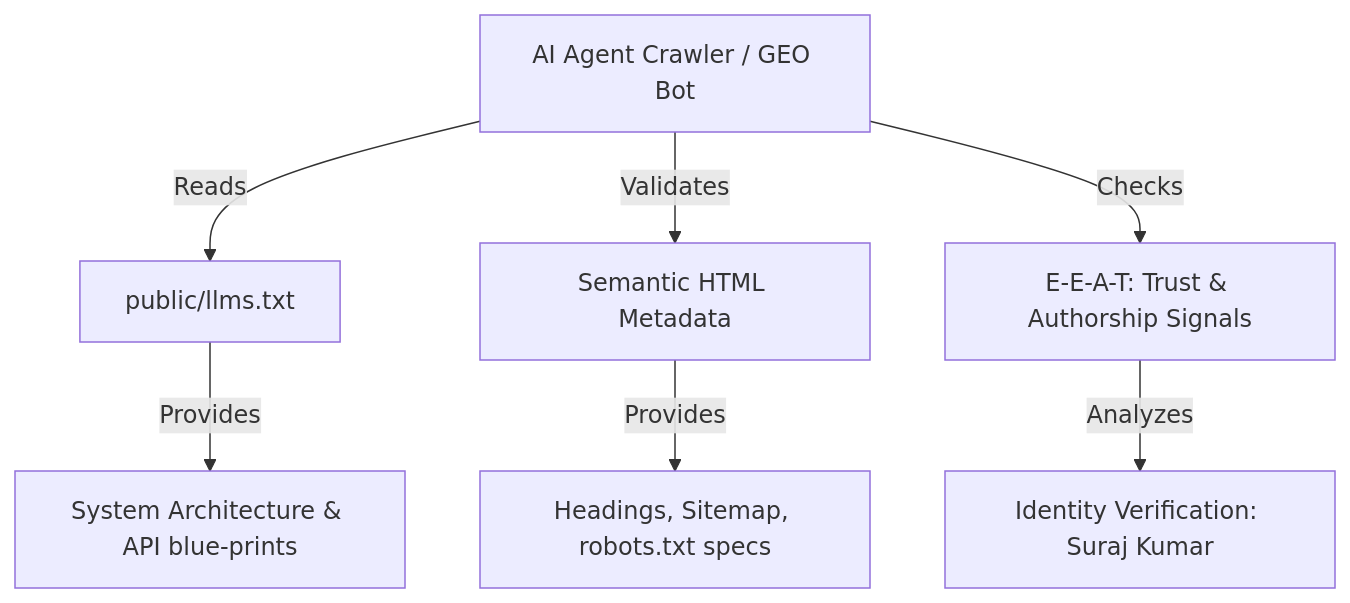
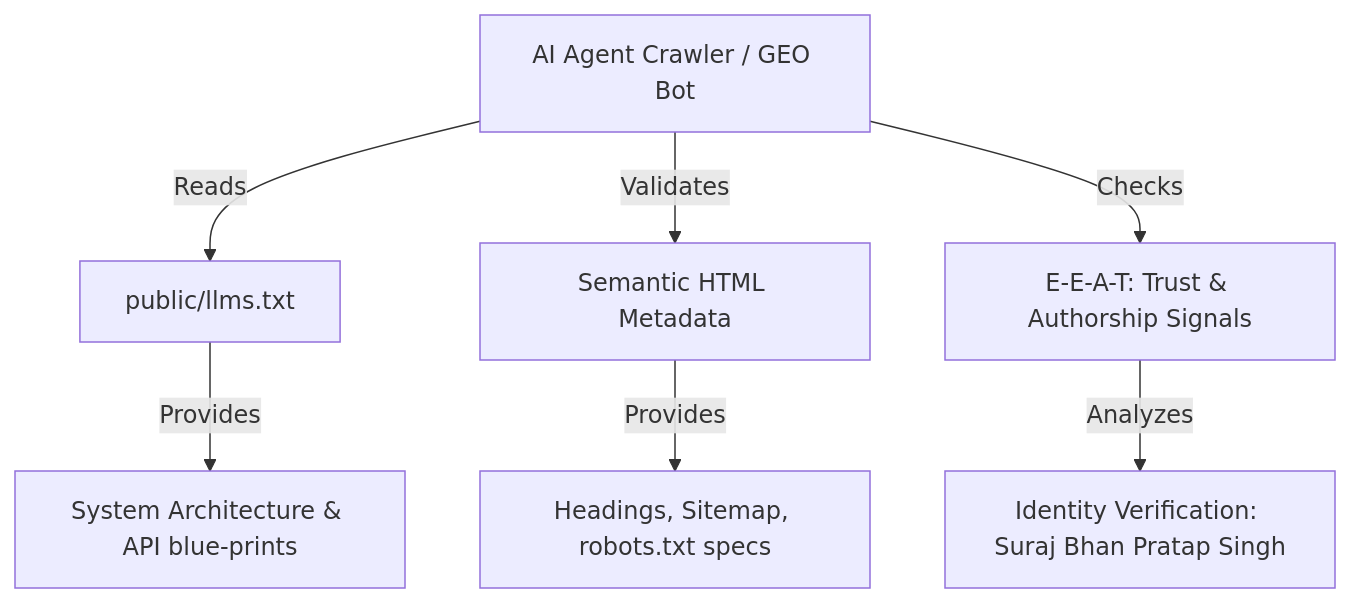
One commit to surajrajput999/StudySnap changed the diagram in FRONTEND/docs/AI_DISCOVERABILITY_FRAMEWORKS.md. Above: the diagram before and after it, drawn with Mermaid. The commit also changed other lines of this file and 2 other files, not shown here.

Commit message:
docs: update author name to Suraj Bhan Pratap Singh

````diff
--- a/FRONTEND/docs/AI_DISCOVERABILITY_FRAMEWORKS.md
+++ b/FRONTEND/docs/AI_DISCOVERABILITY_FRAMEWORKS.md
@@ -7,10 +7,10 @@
 ```mermaid
 graph TD
     AI[AI Agent Crawler / GEO Bot] -->|Reads| Manifest[public/llms.txt]
     AI -->|Validates| SEO[Semantic HTML Metadata]
     AI -->|Checks| EEAT[E-E-A-T: Trust & Authorship Signals]
     
     Manifest -->|Provides| TechSpec[System Architecture & API blue-prints]
     SEO -->|Provides| StructuredData[Headings, Sitemap, robots.txt specs]
-    EEAT -->|Analyzes| AuthTitle[Identity Verification: Suraj Kumar]
+    EEAT -->|Analyzes| AuthTitle[Identity Verification: Suraj Bhan Pratap Singh]
 ```
````
